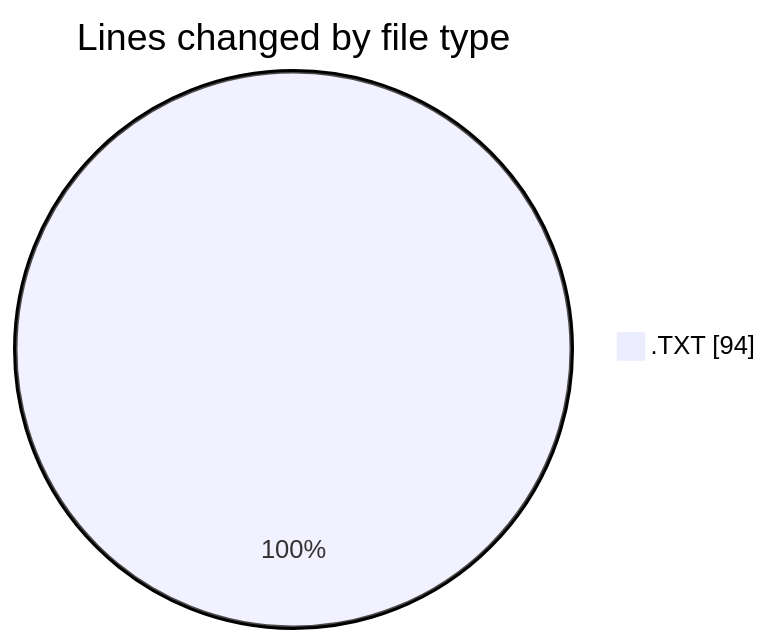
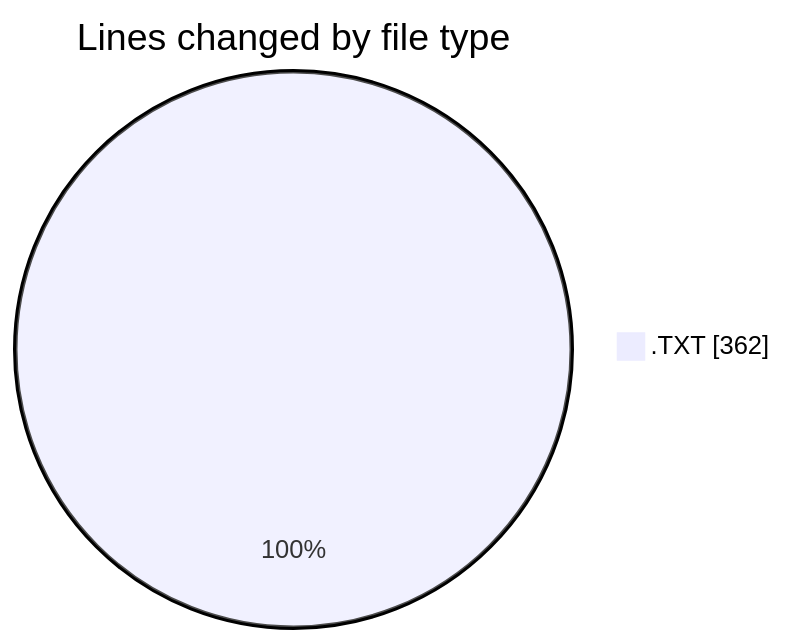
The first of 2 diagrams in 2026-09-21/datos_docpath_prueba/README.md (ricardozamudiocil/code-tracking), drawn with Mermaid before and after one commit. The commit also changed other lines of this file and 1 other file, not shown here.

````diff
--- a/2026-09-21/datos_docpath_prueba/README.md
+++ b/2026-09-21/datos_docpath_prueba/README.md
@@ -20,5 +23,5 @@
 ```mermaid
 pie showData
 title Lines changed by file type
-".TXT" : 94
+".TXT" : 362
 ```
````
